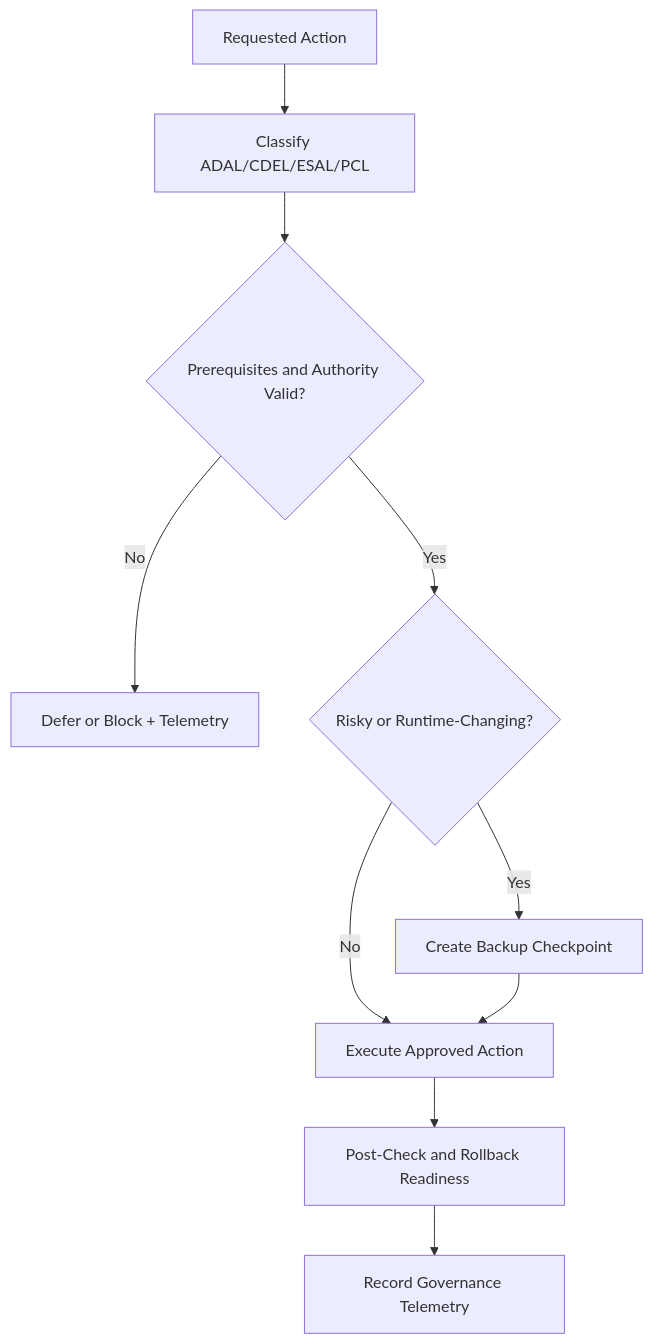
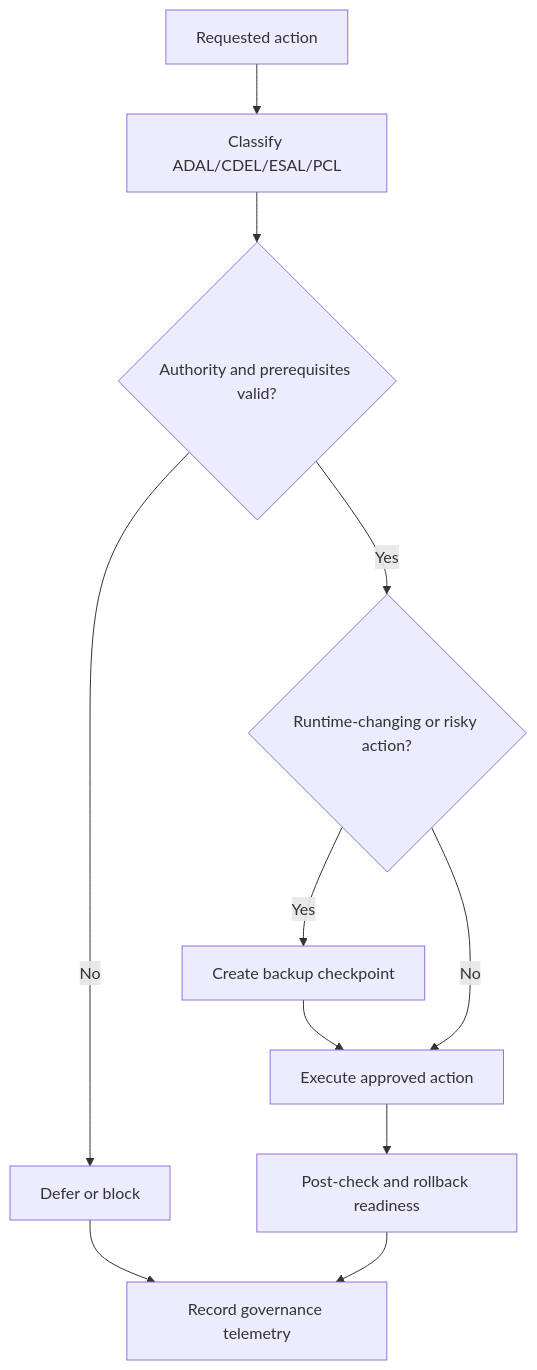
The diagram in README.md (Eurobotics-Association/yellow-control), drawn with Mermaid before and after one commit. The commit also changed other lines of this file and 8 other files, not shown here.

````diff
--- a/README.md
+++ b/README.md
@@ -35,12 +51,13 @@
 ```mermaid
 flowchart TD
-    A[Requested Action] --> B[Classify ADAL/CDEL/ESAL/PCL]
-    B --> C{Prerequisites and Authority Valid?}
-    C -- No --> D[Defer or Block + Telemetry]
-    C -- Yes --> E{Risky or Runtime-Changing?}
-    E -- Yes --> F[Create Backup Checkpoint]
-    E -- No --> G[Execute Approved Action]
-    F --> G
-    G --> H[Post-Check and Rollback Readiness]
-    H --> I[Record Governance Telemetry]
+    A[Requested action] --> B[Classify ADAL/CDEL/ESAL/PCL]
+    B --> C{Authority and prerequisites valid?}
+    C -- No --> D[Defer or block]
+    D --> E[Record governance telemetry]
+    C -- Yes --> F{Runtime-changing or risky action?}
+    F -- Yes --> G[Create backup checkpoint]
+    G --> H[Execute approved action]
+    F -- No --> H
+    H --> I[Post-check and rollback readiness]
+    I --> E
 ```
````
